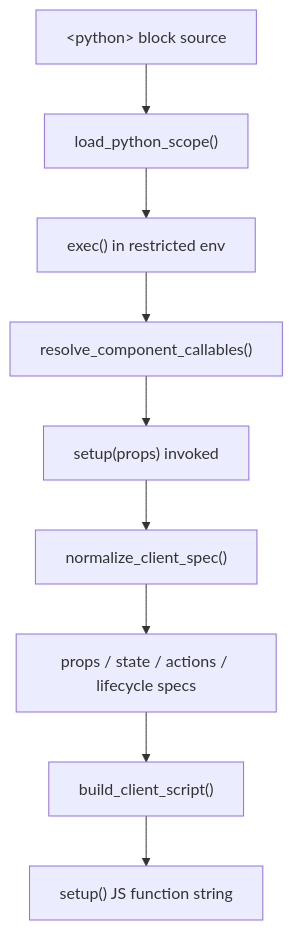
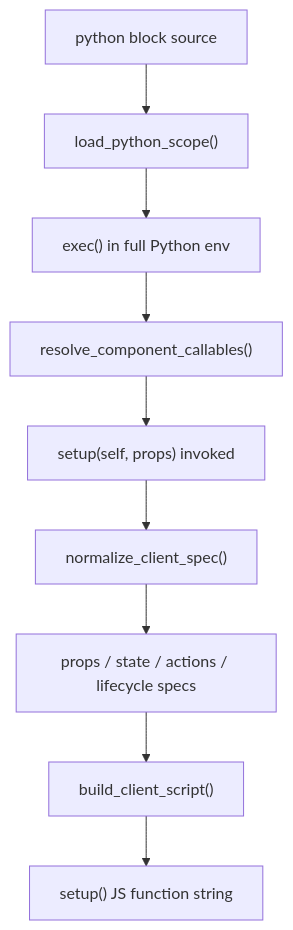
The first of 2 diagrams in docs/docs/advanced/code-generator.md (roderiano/lua-spa), drawn with Mermaid before and after one commit. The commit also changed other lines of this file and 16 other files, not shown here.

Commit message:
docs(architecture): update diagrams for __lua_spa_action and __reload__

````diff
--- a/docs/docs/advanced/code-generator.md
+++ b/docs/docs/advanced/code-generator.md
@@ -14,11 +14,11 @@
 ```mermaid
 flowchart TD
-    A["&lt;python&gt; block source"] --> B["load_python_scope()"]
-    B --> C["exec() in restricted env"]
+  A["python block source"] --> B["load_python_scope()"]
+  B --> C["exec() in full Python env"]
     C --> D["resolve_component_callables()"]
-    D --> E["setup(props) invoked"]
+  D --> E["setup(self, props) invoked"]
     E --> F["normalize_client_spec()"]
     F --> G["props / state / actions / lifecycle specs"]
     G --> H["build_client_script()"]
     H --> I["setup() JS function string"]
 ```
````
